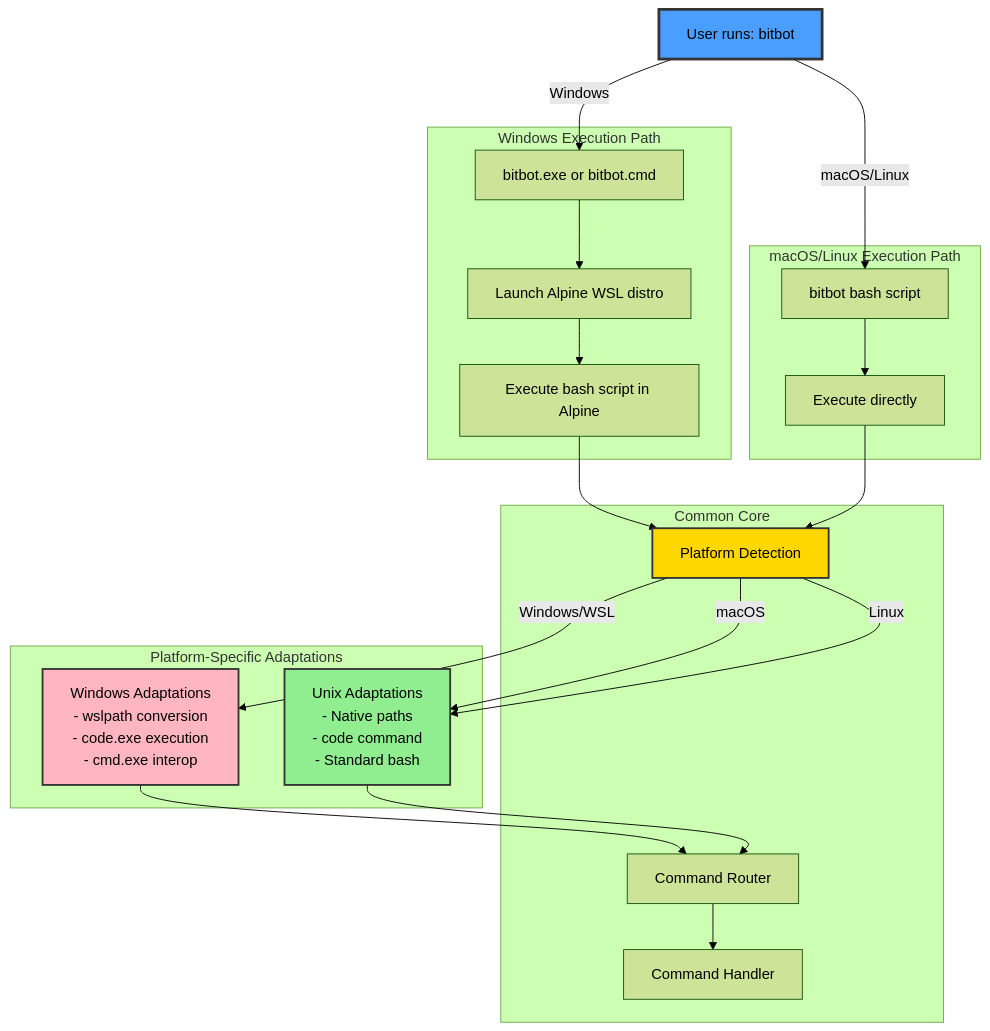
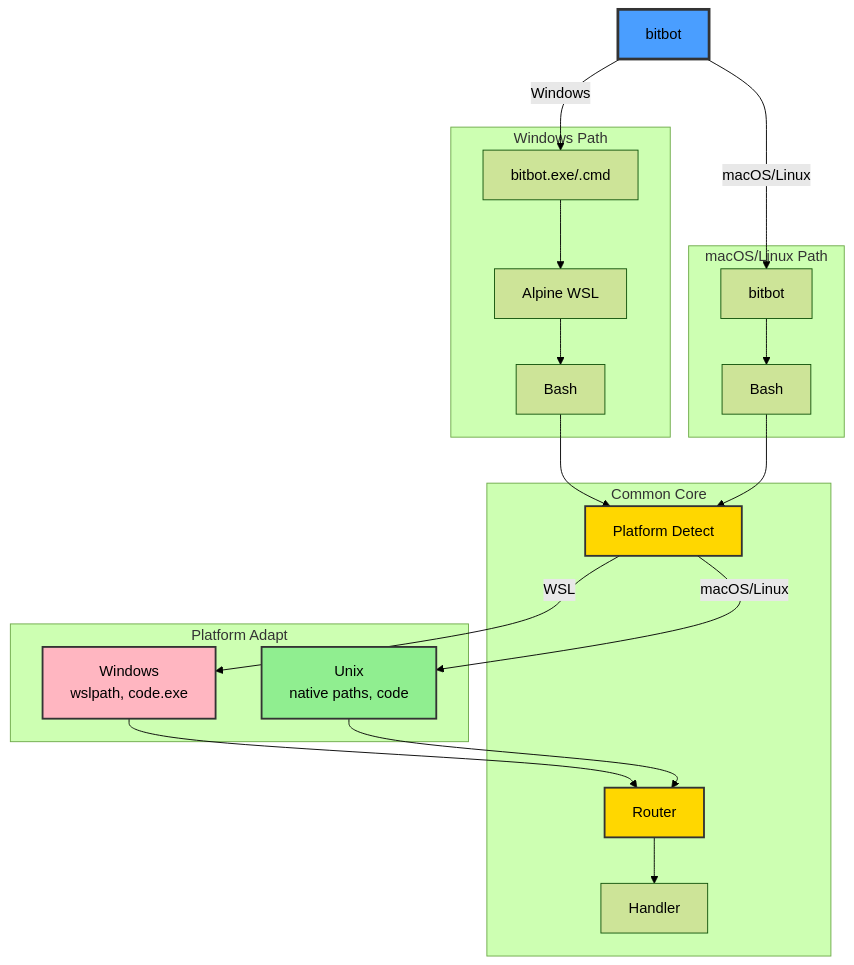
Before and after one commit to ManuelKugelmann/BitBot: the first of 6 diagrams in sparc/3-architecture/diagrams/05-cross-platform-flow.md, drawn with Mermaid (forest theme). The commit also changed other lines of this file and 5 other files, not shown here.

First line of the commit message:
Remove Docker from config mode in architecture diagrams

````diff
--- a/sparc/3-architecture/diagrams/05-cross-platform-flow.md
+++ b/sparc/3-architecture/diagrams/05-cross-platform-flow.md
@@ -5,50 +5,50 @@
 ```mermaid
 graph TB
-    USER[User runs: bitbot]
+    USER[bitbot]
 
-    subgraph "Windows Execution Path"
-        WIN_ENTRY[bitbot.exe or bitbot.cmd]
-        WIN_WSL[Launch Alpine WSL distro]
-        WIN_BASH[Execute bash script in Alpine]
+    subgraph WIN["Windows Path"]
+        WIN_ENTRY[bitbot.exe/.cmd]
+        WIN_WSL[Alpine WSL]
+        WIN_BASH[Bash]
     end
 
-    subgraph "macOS/Linux Execution Path"
-        UNIX_ENTRY[bitbot bash script]
-        UNIX_BASH[Execute directly]
+    subgraph UNIX["macOS/Linux Path"]
+        UNIX_ENTRY[bitbot]
+        UNIX_BASH[Bash]
     end
 
-    subgraph "Common Core"
-        DETECT[Platform Detection]
-        ROUTER[Command Router]
-        HANDLER[Command Handler]
+    subgraph CORE["Common Core"]
+        DETECT[Platform Detect]
+        ROUTER[Router]
+        HANDLER[Handler]
     end
 
-    subgraph "Platform-Specific Adaptations"
-        WIN_ADAPT[Windows Adaptations<br/>- wslpath conversion<br/>- code.exe execution<br/>- cmd.exe interop]
-        UNIX_ADAPT[Unix Adaptations<br/>- Native paths<br/>- code command<br/>- Standard bash]
+    subgraph ADAPT["Platform Adapt"]
+        WIN_ADAPT[Windows<br/>wslpath, code.exe]
+        UNIX_ADAPT[Unix<br/>native paths, code]
     end
 
     USER -->|Windows| WIN_ENTRY
     USER -->|macOS/Linux| UNIX_ENTRY
 
     WIN_ENTRY --> WIN_WSL
     WIN_WSL --> WIN_BASH
     WIN_BASH --> DETECT
 
     UNIX_ENTRY --> UNIX_BASH
     UNIX_BASH --> DETECT
 
-    DETECT -->|Windows/WSL| WIN_ADAPT
-    DETECT -->|macOS| UNIX_ADAPT
-    DETECT -->|Linux| UNIX_ADAPT
+    DETECT -->|WSL| WIN_ADAPT
+    DETECT -->|macOS/Linux| UNIX_ADAPT
 
     WIN_ADAPT --> ROUTER
     UNIX_ADAPT --> ROUTER
 
     ROUTER --> HANDLER
 
     style USER fill:#4a9eff,stroke:#333,stroke-width:3px
     style DETECT fill:#ffd700,stroke:#333,stroke-width:2px
+    style ROUTER fill:#ffd700,stroke:#333,stroke-width:2px
     style WIN_ADAPT fill:#ffb6c1,stroke:#333,stroke-width:2px
     style UNIX_ADAPT fill:#90ee90,stroke:#333,stroke-width:2px
 ```
````
